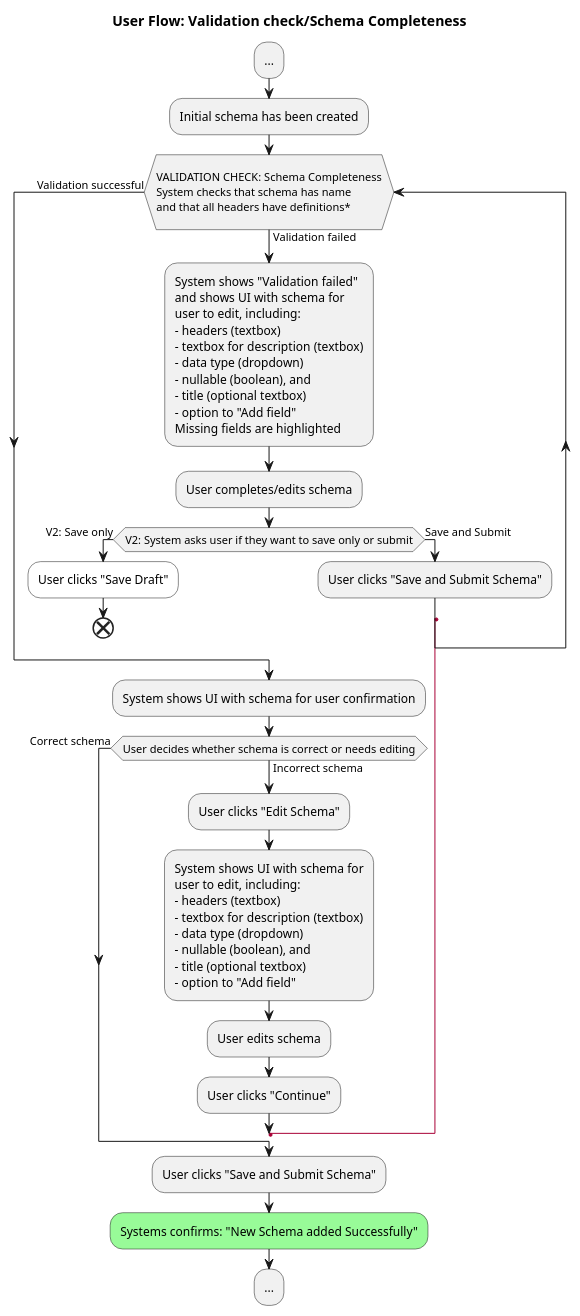
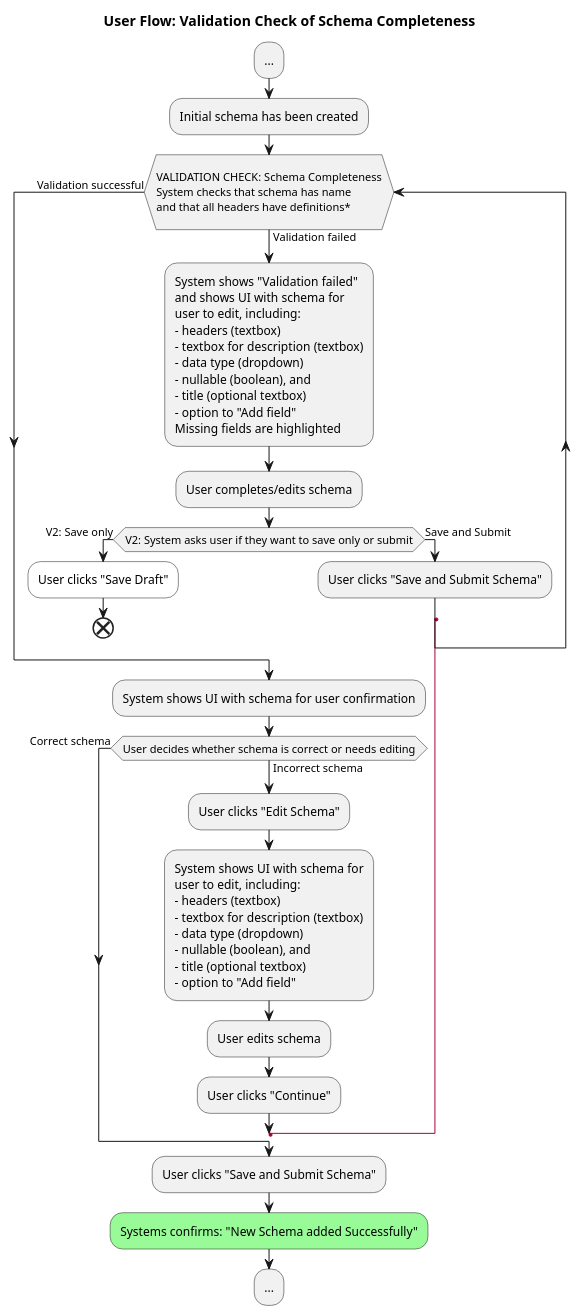
The diagram in docs/design/images/user-flow-validation-schema-completeness.puml (signekb/seedcase-sprout), drawn with PlantUML before and after one commit.

Commit message:
chore: Redo title to avoid /

```diff
--- a/docs/design/images/user-flow-validation-schema-completeness.puml
+++ b/docs/design/images/user-flow-validation-schema-completeness.puml
@@ -1,47 +1,47 @@
 @startuml user-flow-2-schema-validation-completeness
 
-title User Flow: Validation check/Schema Completeness
+title User Flow: Validation Check of Schema Completeness
 
 :...;
 :Initial schema has been created;
   while (\nVALIDATION CHECK: Schema Completeness\nSystem checks that schema has name\nand that all headers have definitions*\n) is (Validation failed)
     :System shows "Validation failed"
     and shows UI with schema for 
     user to edit, including: 
     - headers (textbox)
     - textbox for description (textbox)
     - data type (dropdown)
     - nullable (boolean), and 
     - title (optional textbox)
     - option to "Add field"
     Missing fields are highlighted;
     :User completes/edits schema;
     if (V2: System asks user if they want to save only or submit) then (V2: Save only)
       #White:User clicks "Save Draft";
       end
     else (Save and Submit)
       :User clicks "Save and Submit Schema";
       label l
     endif
   end while (Validation successful)
 :System shows UI with schema for user confirmation;
   while (User decides whether schema is correct or needs editing) is (Incorrect schema)
     :User clicks "Edit Schema";
     :System shows UI with schema for 
     user to edit, including: 
     - headers (textbox)
     - textbox for description (textbox)
     - data type (dropdown)
     - nullable (boolean), and 
     - title (optional textbox)
     - option to "Add field";
     :User edits schema;
     :User clicks "Continue";
 'Arrow from "User edits definitions" should go back up to VALIDATION CHECK      
     goto l
    end while (Correct schema)
    :User clicks "Save and Submit Schema";
     #palegreen:Systems confirms: "New Schema added Successfully";
 :...;
 
 @enduml
```
